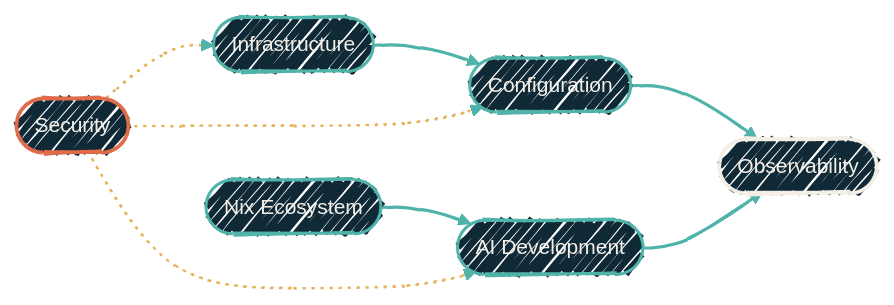
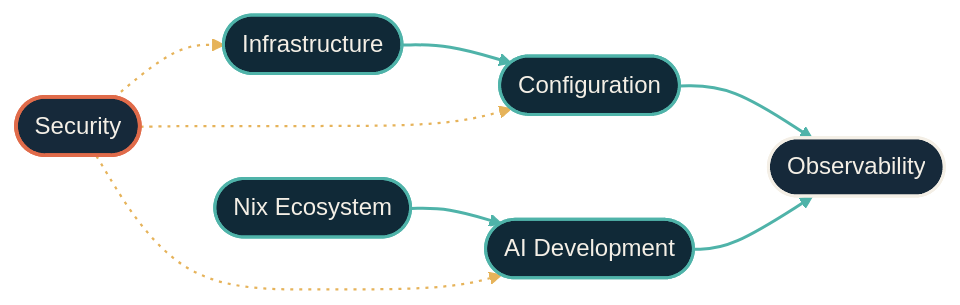
One commit to dryvist/docs changed the diagram in how-it-fits-together.mdx. Above: the diagram before and after it, drawn with Mermaid. The commit also changed other lines of this file and 116 other files, not shown here.

````diff
--- a/how-it-fits-together.mdx
+++ b/how-it-fits-together.mdx
@@ -52,36 +52,41 @@
 ```mermaid
-%%{init:
-  {'theme':'base','look':'handDrawn','themeVariables':{'fontFamily':'Geist','fontSize':'14px','primaryColor':'#102937','primaryTextColor':'#F4EFE6','primaryBorderColor':'#4FB3A9','lineColor':'#4FB3A9','secondaryColor':'#0B1D2A','tertiaryColor':'#1A2A38','clusterBkg':'rgba(79,179,169,0.08)','clusterBorder':'#4FB3A9'}}}%%
-  flowchart LR
+%%{init: {"theme":"base","look":"handDrawn","themeVariables":{"primaryColor":"#123a36","primaryTextColor":"#f4efe6","primaryBorderColor":"#4fb3a9","lineColor":"#4fb3a9","secondaryColor":"#0b1d2a","tertiaryColor":"#16293a","clusterBkg":"#08151f","clusterBorder":"#4fb3a9","fontFamily":"'Geist Sans', system-ui, -apple-system, BlinkMacSystemFont, 'Segoe UI', Roboto, sans-serif","fontSize":"14px"}}}%%
+flowchart LR
+  classDef src fill:#16293a,stroke:#e06b4a,stroke-width:2px,color:#f4efe6;
+  classDef ai fill:#16293a,stroke:#e06b4a,stroke-width:2px,color:#f4efe6;
+  classDef gate fill:#16293a,stroke:#e06b4a,stroke-width:2.5px,color:#f4efe6;
+  classDef hop fill:#16293a,stroke:#4fb3a9,stroke-width:2px,color:#f4efe6;
+  classDef host fill:#16293a,stroke:#4fb3a9,stroke-width:2px,color:#f4efe6;
+  classDef sink fill:#16293a,stroke:#f4efe6,stroke-width:2px,color:#f4efe6;
+  classDef auto fill:#16293a,stroke:#f4efe6,stroke-width:1.5px,color:#f4efe6;
+  classDef external fill:#16293a,stroke:#e6b35a,stroke-width:2px,color:#f4efe6;
   Inf([Infrastructure])
   Cfg([Configuration])
   Obs([Observability])
   Nix([Nix Ecosystem])
   AI([AI Development])
   Sec([Security])
 
   Inf --> Cfg
   Cfg --> Obs
   Nix --> AI
   AI --> Obs
   Sec -.-> Inf
   Sec -.-> Cfg
   Sec -.-> AI
 
   classDef stack    fill:#102937,stroke:#4FB3A9,stroke-width:2px,color:#F4EFE6;
-  classDef sink     fill:#102937,stroke:#F4EFE6,stroke-width:2.5px,color:#F4EFE6;
-  classDef gate     fill:#102937,stroke:#E06B4A,stroke-width:2.5px,color:#F4EFE6;
 
   class Inf,Cfg,Nix,AI stack
   class Obs sink
   class Sec gate
 
   click Inf "/infrastructure/overview" "OpenTofu · Ansible · Proxmox"
   click Cfg "/infrastructure/configuration/overview" "Ansible-managed configuration"
   click Obs "/observability/overview" "Cribl · Splunk · OTEL"
   click Nix "/nix/overview" "macOS host · user env · dev shells"
   click AI "/ai-development/overview" "Claude · Antigravity · Copilot · MLX"
 
   linkStyle 0,1,2,3 stroke:#4FB3A9,stroke-width:2px;
   linkStyle 4,5,6 stroke:#E6B35A,stroke-width:1.5px,stroke-dasharray:2 4;
 ```
````
